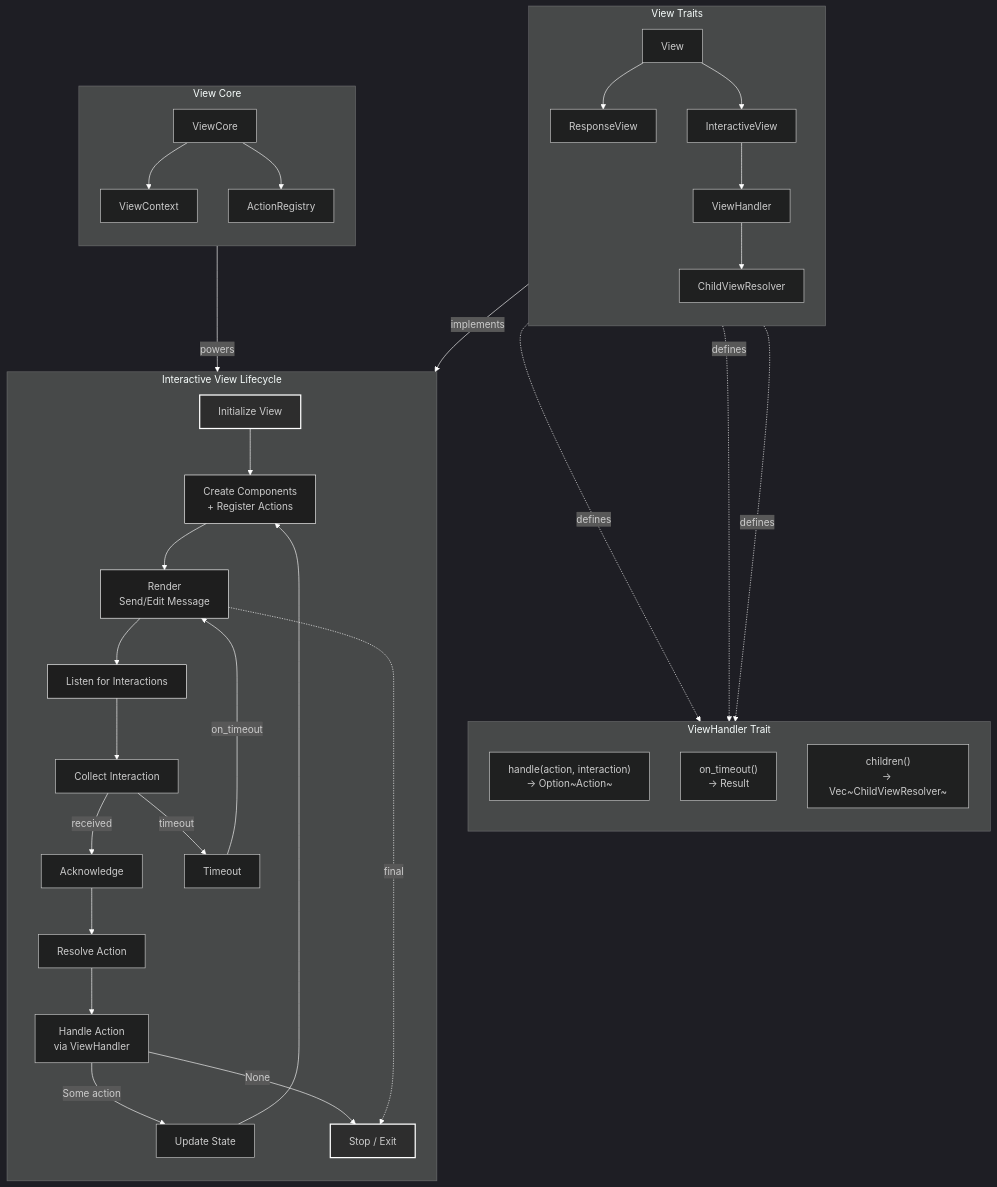
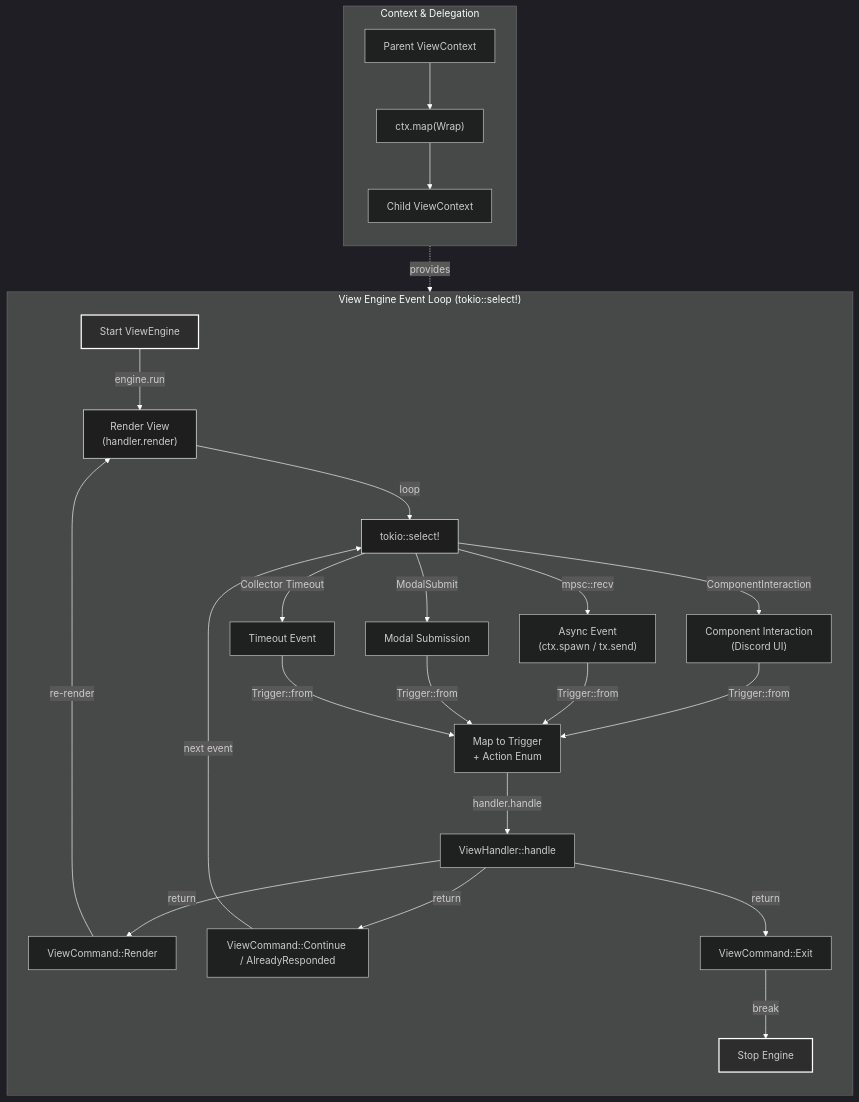
Before and after one commit to FAZuH/pwr-bot: the diagram in docs/diagrams/architecture-view-lifecycle.mmd, drawn with Mermaid. The commit also changed 13 other files, not shown here.

```diff
--- a/docs/diagrams/architecture-view-lifecycle.mmd
+++ b/docs/diagrams/architecture-view-lifecycle.mmd
@@ -1,87 +1,70 @@
 %%{init: {
   'theme': 'dark',
   'themeVariables': {
     'primaryColor': '#1e1e1e',
     'primaryTextColor': '#ffffff',
     'primaryBorderColor': '#ffffff',
     'lineColor': '#ffffff',
     'secondaryColor': '#2d2d2d',
     'tertiaryColor': '#1e1e1e',
     'noteBkgColor': '#2d2d2d',
     'noteTextColor': '#ffffff',
     'noteBorderColor': '#ffffff'
   }
 }}%%
 graph TB
-    subgraph ViewLifecycle["Interactive View Lifecycle"]
+    subgraph ViewEngineLoop["View Engine Event Loop (tokio::select!)"]
         direction TB
         
-        Init["Initialize View"]
-        Create["Create Components<br/>+ Register Actions"]
-        Render["Render<br/>Send/Edit Message"]
-        Listen["Listen for Interactions"]
-        Collect["Collect Interaction"]
-        Ack["Acknowledge"]
-        Resolve["Resolve Action"]
-        Handle["Handle Action<br/>via ViewHandler"]
-        Update["Update State"]
-        Stop["Stop / Exit"]
-        Timeout["Timeout"]
-
-        Init --> Create
-        Create --> Render
-        Render --> Listen
-        Listen --> Collect
-        Collect -->|received| Ack
-        Ack --> Resolve
-        Resolve --> Handle
-        Handle -->|Some action| Update
-        Handle -->|None| Stop
-        Update --> Create
-        Collect -->|timeout| Timeout
-        Timeout -->|on_timeout| Render
-        Render -.->|final| Stop
+        Start["Start ViewEngine"]
+        Render["Render View<br/>(handler.render)"]
+        Select["tokio::select!"]
+        
+        Component["Component Interaction<br/>(Discord UI)"]
+        Async["Async Event<br/>(ctx.spawn / tx.send)"]
+        Modal["Modal Submission"]
+        Timeout["Timeout Event"]
+        
+        TriggerNode["Map to Trigger<br/>+ Action Enum"]
+        Handle["ViewHandler::handle"]
+        
+        CmdRender["ViewCommand::Render"]
+        CmdContinue["ViewCommand::Continue / AlreadyResponded"]
+        CmdExit["ViewCommand::Exit"]
+        
+        Start -->|engine.run| Render
+        Render -->|loop| Select
+        
+        Select -->|ComponentInteraction| Component
+        Select -->|mpsc::recv| Async
+        Select -->|ModalSubmit| Modal
+        Select -->|Collector Timeout| Timeout
+        
+        Component & Async & Modal & Timeout -->|Trigger::from| TriggerNode
+        TriggerNode -->|handler.handle| Handle
+        
+        Handle -->|return| CmdRender
+        Handle -->|return| CmdContinue
+        Handle -->|return| CmdExit
+        
+        CmdRender -->|re-render| Render
+        CmdContinue -->|next event| Select
+        CmdExit -->|break| Stop[Stop Engine]
     end
     
-    subgraph Core["View Core"]
+    subgraph Mapping["Context & Delegation"]
         direction TB
-        ViewCore["ViewCore"]
-        ViewContext["ViewContext"]
-        ActionRegistry["ActionRegistry"]
+        ParentCtx["Parent ViewContext"]
+        Map["ctx.map(Wrap)"]
+        ChildCtx["Child ViewContext"]
         
-        ViewCore --> ViewContext
-        ViewCore --> ActionRegistry
+        ParentCtx --> Map
+        Map --> ChildCtx
     end
     
-    subgraph Traits["View Traits"]
-        direction TB
-        View["View"]
-        ResponseView["ResponseView"]
-        InteractiveView["InteractiveView"]
-        ViewHandler["ViewHandler"]
-        ChildViewResolver["ChildViewResolver"]
-        
-        View --> ResponseView
-        View --> InteractiveView
-        InteractiveView --> ViewHandler
-        ViewHandler --> ChildViewResolver
-    end
+    Mapping -.->|provides| Handle
     
-    subgraph Handler["ViewHandler Trait"]
-        direction TB
-        VH_Handle["handle(action, interaction)<br/>-> Option~Action~"]
-        VH_Timeout["on_timeout()<br/>-> Result"]
-        VH_Children["children()<br/>-> Vec~ChildViewResolver~"]
-    end
-    
-    Core -->|powers| ViewLifecycle
-    Traits -->|implements| ViewLifecycle
-    ViewHandler -.->|defines| VH_Handle
-    ViewHandler -.->|defines| VH_Timeout
-    ViewHandler -.->|defines| VH_Children
-    
-    style Init fill:#2d2d2d,stroke:#ffffff,stroke-width:2px
+    style Start fill:#2d2d2d,stroke:#ffffff,stroke-width:2px
     style Stop fill:#2d2d2d,stroke:#ffffff,stroke-width:2px
-    style Create fill:#1e1e1e,stroke:#ffffff
     style Render fill:#1e1e1e,stroke:#ffffff
-    style Listen fill:#1e1e1e,stroke:#ffffff
+    style Select fill:#1e1e1e,stroke:#ffffff
```
